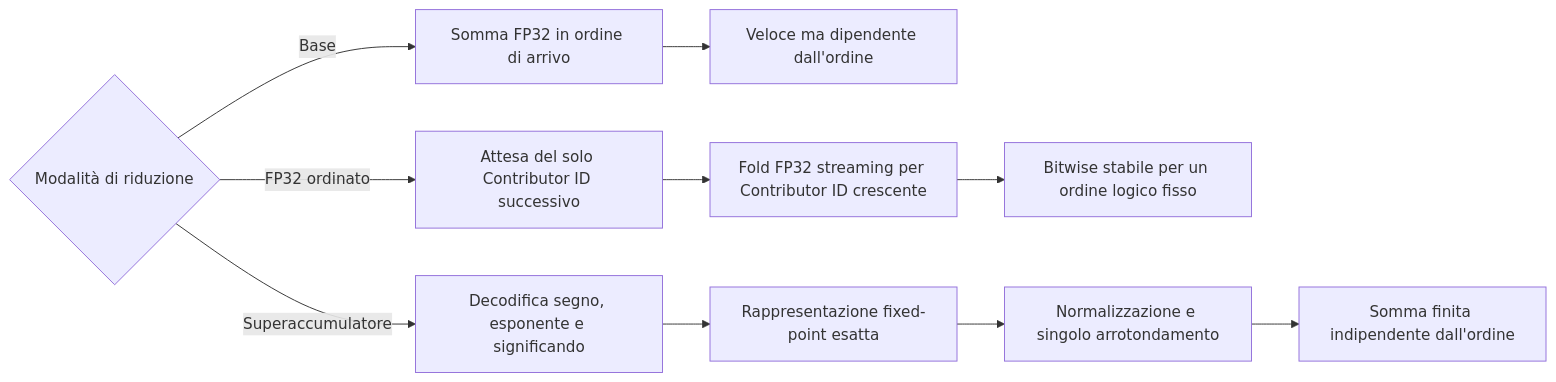
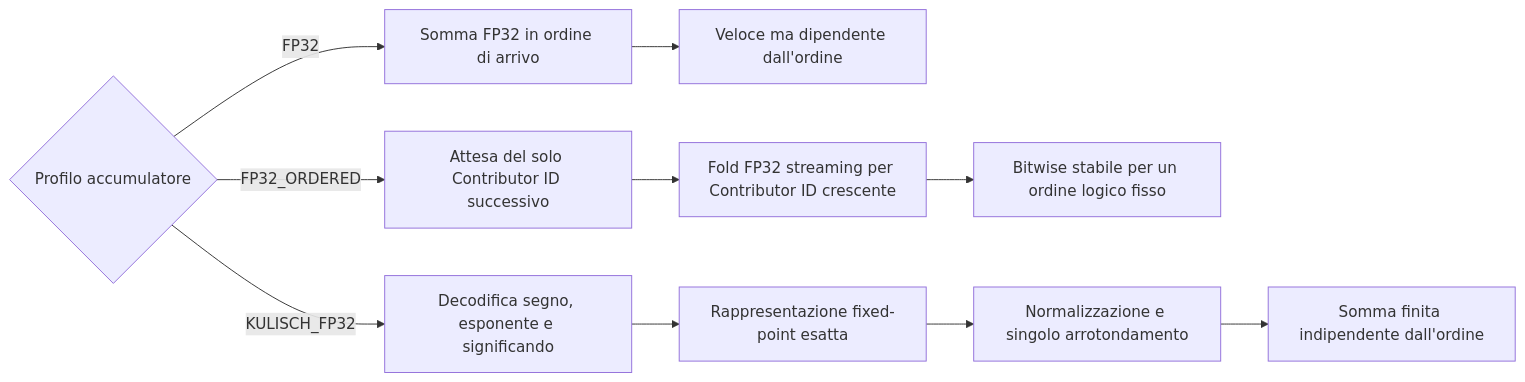
Before and after one commit to uniquadev/prism: the diagram in docs/chapters/1-introduction/reproducibility.it.md, drawn with Mermaid. The commit also changed other lines of this file and 23 other files, not shown here.

````diff
--- a/docs/chapters/1-introduction/reproducibility.it.md
+++ b/docs/chapters/1-introduction/reproducibility.it.md
@@ -43,16 +43,16 @@
 ```mermaid
 flowchart LR
-    S{Modalità di riduzione}
+    S{Profilo accumulatore}
 
-    S -->|Base| B[Somma FP32 in ordine di arrivo]
+    S -->|FP32| B[Somma FP32 in ordine di arrivo]
     B --> O1[Veloce ma dipendente dall'ordine]
 
-    S -->|FP32 ordinato| C[Attesa del solo Contributor ID successivo]
+    S -->|FP32_ORDERED| C[Attesa del solo Contributor ID successivo]
     C --> D[Fold FP32 streaming per Contributor ID crescente]
     D --> O2[Bitwise stabile per un ordine logico fisso]
 
-    S -->|Superaccumulatore| E[Decodifica segno, esponente e significando]
+    S -->|KULISCH_FP32| E[Decodifica segno, esponente e significando]
     E --> F[Rappresentazione fixed-point esatta]
     F --> G[Normalizzazione e singolo arrotondamento]
     G --> O3[Somma finita indipendente dall'ordine]
 ```
````
